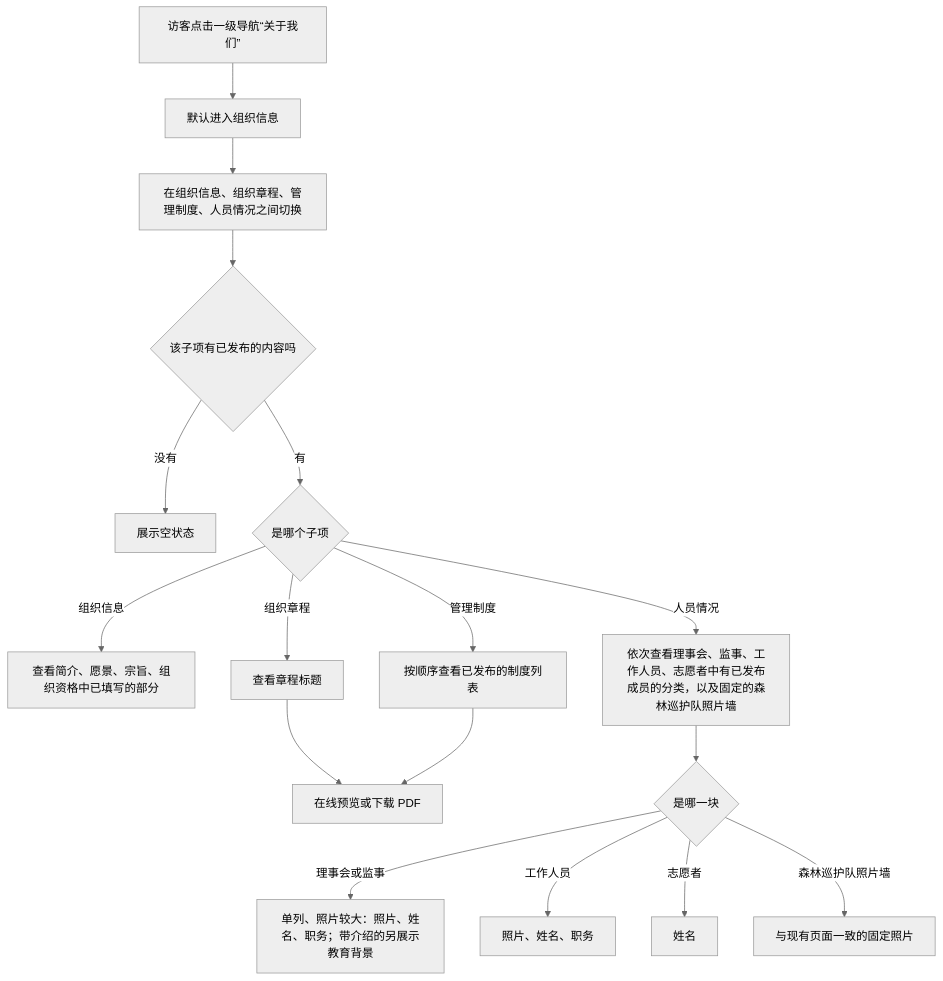
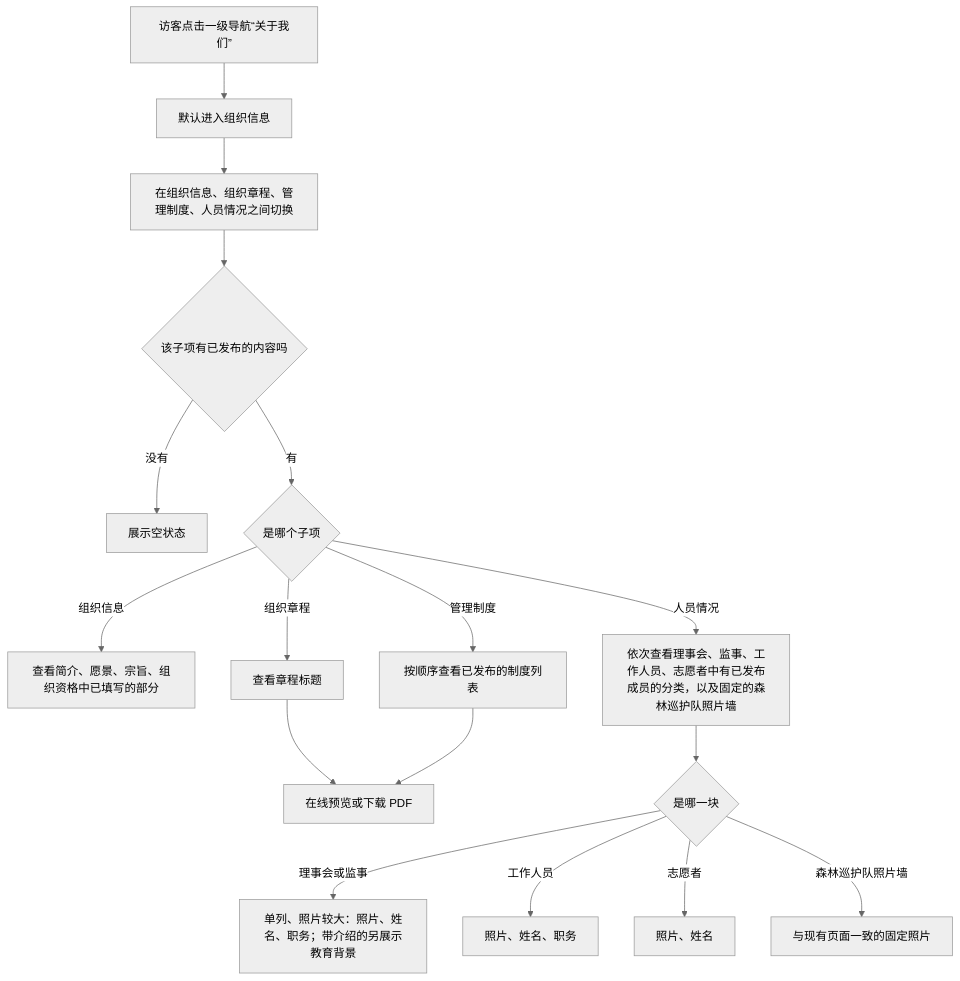
The first of 5 diagrams in prd/about-us/luna-about-us-prd-02-flows.md (wxblockchain/luna), drawn with Mermaid (neutral theme) before and after one commit. The commit also changed other lines of this file and 2 other files, not shown here.

First line of the commit message:
docs: 关于我们 PRD 更新为 11-02 版（图片上限 20MB，志愿者上传照片）

````diff
--- a/prd/about-us/luna-about-us-prd-02-flows.md
+++ b/prd/about-us/luna-about-us-prd-02-flows.md
@@ -18,19 +18,19 @@
 ```mermaid
 flowchart TD
     A[访客点击一级导航“关于我们”] --> B[默认进入组织信息]
     B --> C[在组织信息、组织章程、管理制度、人员情况之间切换]
     C --> D{该子项有已发布的内容吗}
     D -->|没有| E[展示空状态]
     D -->|有| F{是哪个子项}
     F -->|组织信息| G[查看简介、愿景、宗旨、组织资格中已填写的部分]
     F -->|组织章程| H[查看章程标题]
     F -->|管理制度| N[按顺序查看已发布的制度列表]
     H --> I[在线预览或下载 PDF]
     N --> I
     F -->|人员情况| J[依次查看理事会、监事、工作人员、志愿者中有已发布成员的分类，以及固定的森林巡护队照片墙]
     J --> K{是哪一块}
     K -->|理事会或监事| L[单列、照片较大：照片、姓名、职务；带介绍的另展示教育背景]
     K -->|工作人员| M[照片、姓名、职务]
-    K -->|志愿者| O[姓名]
+    K -->|志愿者| O[照片、姓名]
     K -->|森林巡护队照片墙| P[与现有页面一致的固定照片]
 ```
````
